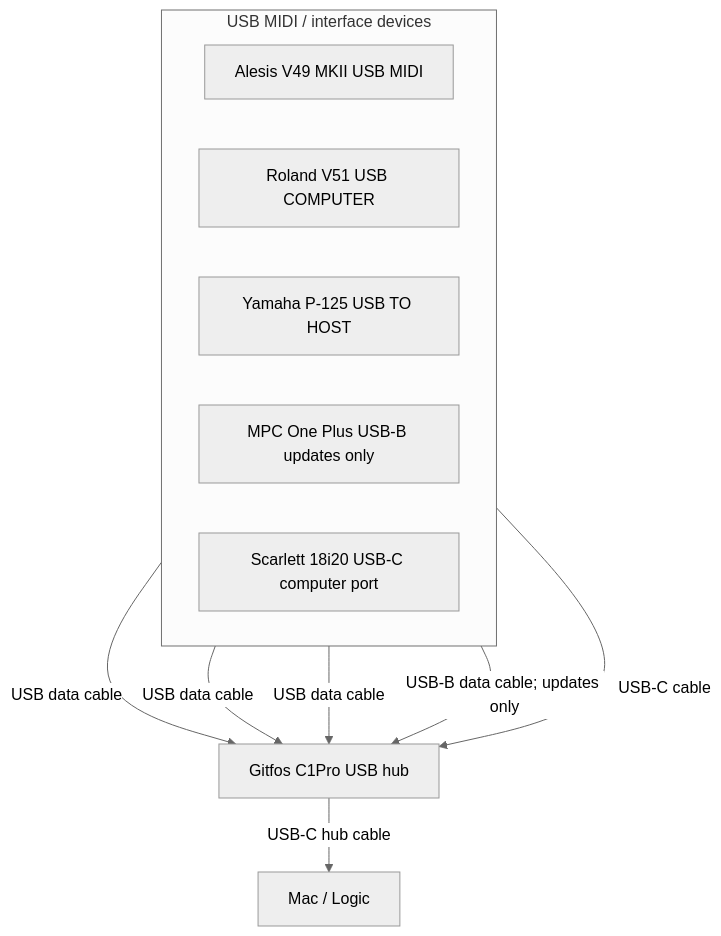
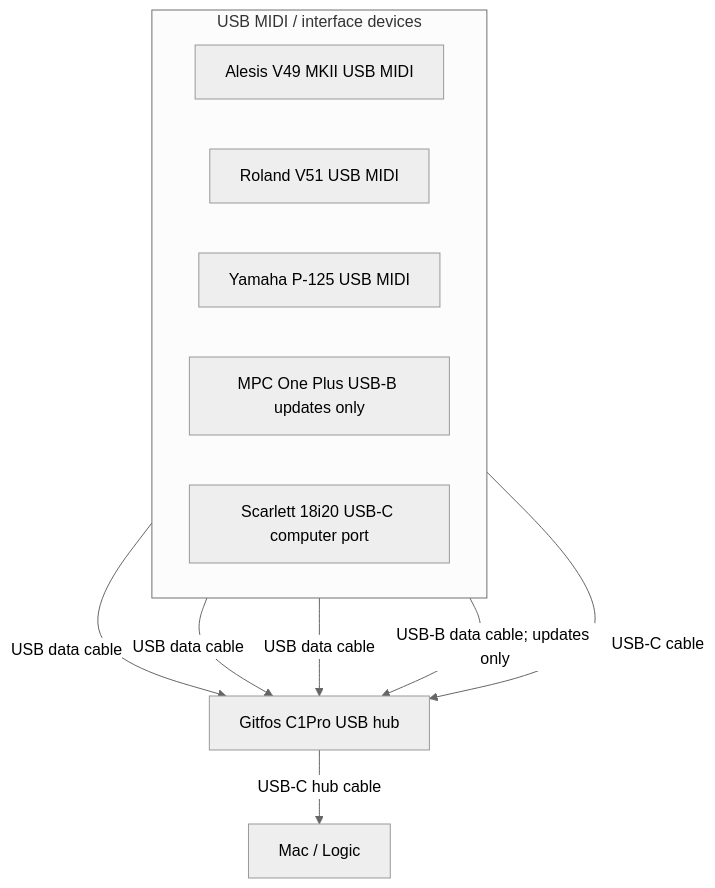
One commit to thewoolleyman/music-studio changed the second of 2 diagrams in AGENTS.md. Above: the diagram before and after it, drawn with Mermaid (neutral theme). The commit also changed other lines of this file and 1 other file, not shown here.

Commit message:
Normalize USB MIDI terminology

````diff
--- a/AGENTS.md
+++ b/AGENTS.md
@@ -194,21 +195,21 @@
 ```mermaid
 flowchart TB
     subgraph USBDevices["USB MIDI / interface devices"]
         direction LR
         AlesisUSB["Alesis V49 MKII USB MIDI"]
-        V51USB["Roland V51 USB COMPUTER"]
-        YamahaUSB["Yamaha P-125 USB TO HOST"]
+        V51USB["Roland V51 USB MIDI"]
+        YamahaUSB["Yamaha P-125 USB MIDI"]
         MPCUSB["MPC One Plus USB-B updates only"]
         ScarlettUSB["Scarlett 18i20 USB-C computer port"]
     end
 
     Hub["Gitfos C1Pro USB hub"]
     Logic["Mac / Logic"]
 
     AlesisUSB -->|USB data cable| Hub
     V51USB -->|USB data cable| Hub
     YamahaUSB -->|USB data cable| Hub
     MPCUSB -->|USB-B data cable; updates only| Hub
     ScarlettUSB -->|USB-C cable| Hub
     Hub -->|USB-C hub cable| Logic
 ```
````
